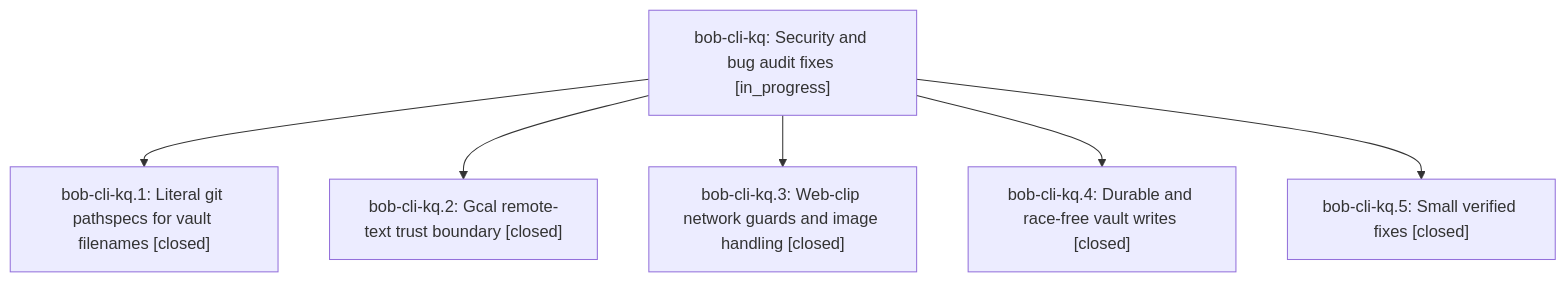
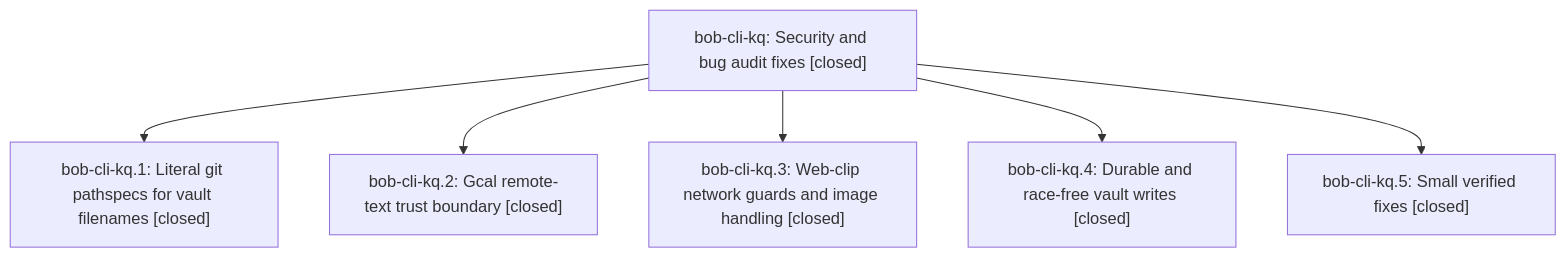
One commit to bobs-org/bob-cli--beads changed the diagram in pages/bob-cli-kq/README.md. Above: the diagram before and after it, drawn with Mermaid. The commit also changed other lines of this file and 1 other file, not shown here.

First line of the commit message:
chore(beads): sync bead state and pages for bob-cli-kq

````diff
--- a/pages/bob-cli-kq/README.md
+++ b/pages/bob-cli-kq/README.md
@@ -40,14 +44,14 @@
 ```mermaid
 flowchart TD
-    n0["bob-cli-kq: Security and bug audit fixes [in_progress]"]
+    n0["bob-cli-kq: Security and bug audit fixes [closed]"]
     n1["bob-cli-kq.1: Literal git pathspecs for vault filenames [closed]"]
     n2["bob-cli-kq.2: Gcal remote-text trust boundary [closed]"]
     n3["bob-cli-kq.3: Web-clip network guards and image handling [closed]"]
     n4["bob-cli-kq.4: Durable and race-free vault writes [closed]"]
     n5["bob-cli-kq.5: Small verified fixes [closed]"]
     n0 --> n1
     n0 --> n2
     n0 --> n3
     n0 --> n4
     n0 --> n5
 ```
````
